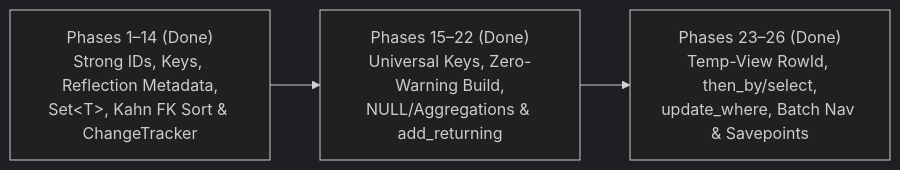
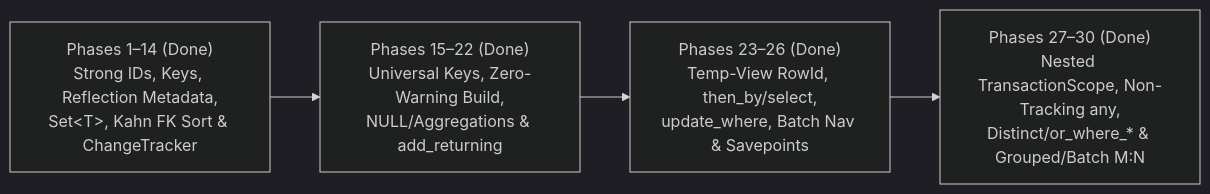
Before and after one commit to mythrz/CodeFirstCppDB_sqlgen: the first of 2 diagrams in readme4.md, drawn with Mermaid (dark theme). The commit also changed other lines of this file, not shown here.

````diff
--- a/readme4.md
+++ b/readme4.md
@@ -234,5 +234,6 @@
 ```mermaid
 flowchart LR
     P114["Phases 1–14 (Done)<br/>Strong IDs, Keys, Reflection Metadata,<br/>Set&lt;T&gt;, Kahn FK Sort &amp; ChangeTracker"] --> P1522["Phases 15–22 (Done)<br/>Universal Keys, Zero-Warning Build,<br/>NULL/Aggregations &amp; add_returning"]
     P1522 --> P2326["Phases 23–26 (Done)<br/>Temp-View RowId, then_by/select,<br/>update_where, Batch Nav &amp; Savepoints"]
+    P2326 --> P2730["Phases 27–30 (Done)<br/>Nested TransactionScope, Non-Tracking any,<br/>Distinct/or_where_* &amp; Grouped/Batch M:N"]
 ```
````
